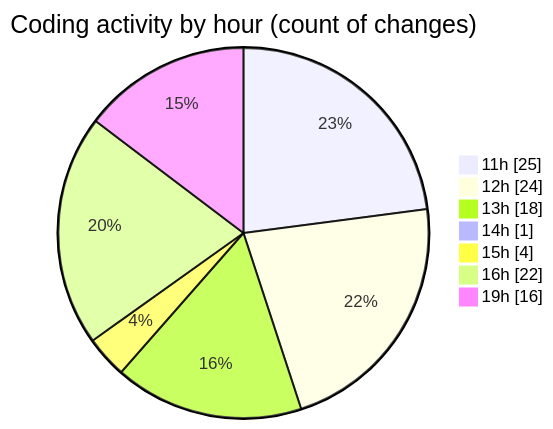
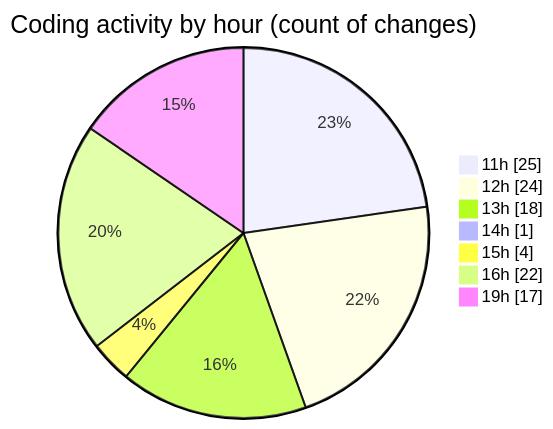
One commit to MatusMokan/code-tracking changed the second of 2 diagrams in 2025-04-12/myws__workspace_/README.md. Above: the diagram before and after it, drawn with Mermaid. The commit also changed other lines of this file and 1 other file, not shown here.

````diff
--- a/2025-04-12/myws__workspace_/README.md
+++ b/2025-04-12/myws__workspace_/README.md
@@ -34,11 +35,11 @@
 ```mermaid
 pie showData
 title Coding activity by hour (count of changes)
 "11h" : 25
 "12h" : 24
 "13h" : 18
 "14h" : 1
 "15h" : 4
 "16h" : 22
-"19h" : 16
+"19h" : 17
 ```
````
